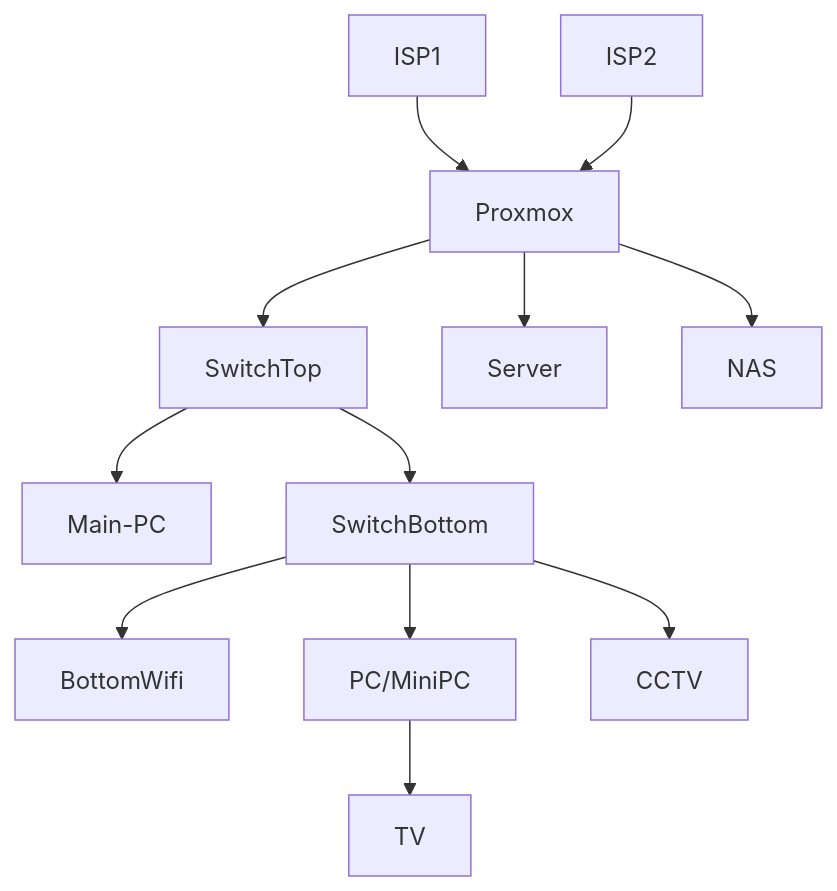
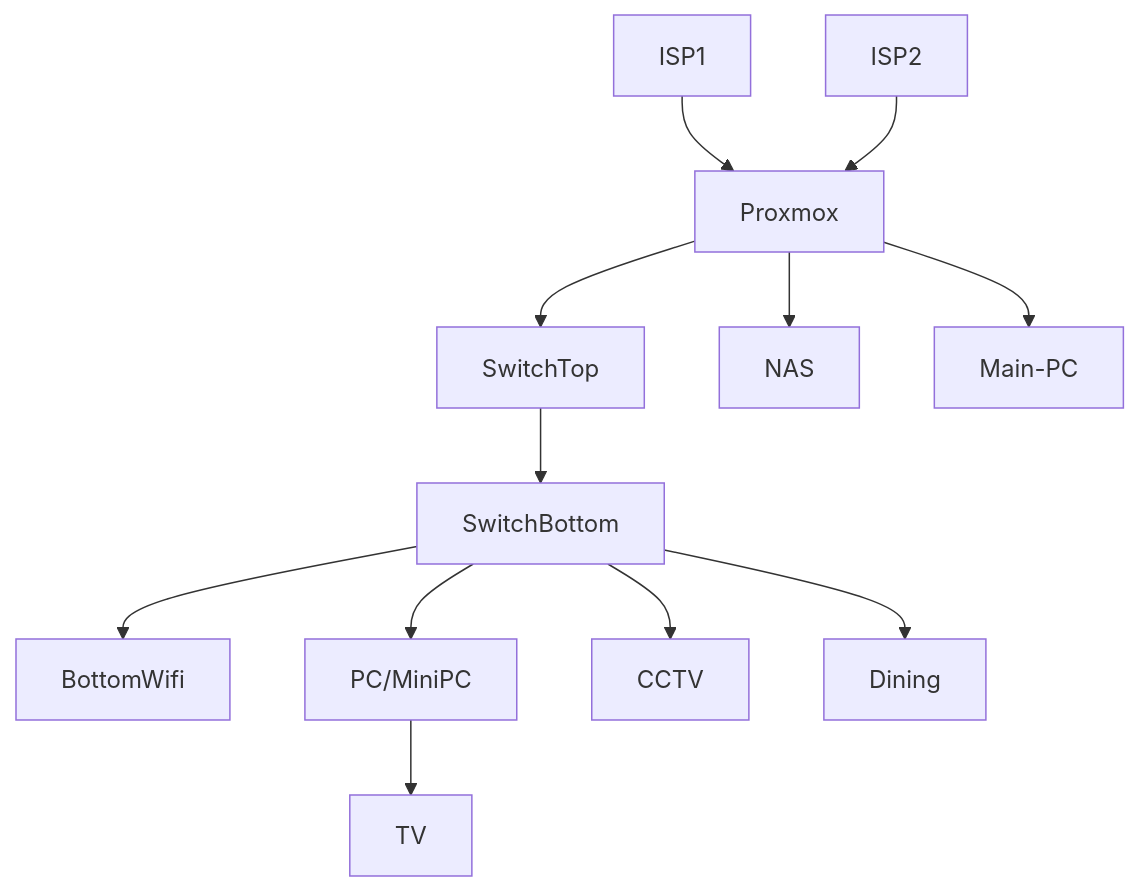
One commit to jnkk/digital-garden changed the third of 3 diagrams in content/Notes/homenetwork.md. Above: the diagram before and after it, drawn with Mermaid. The commit also changed other lines of this file, not shown here.

Commit message:
change network map

````diff
--- a/content/Notes/homenetwork.md
+++ b/content/Notes/homenetwork.md
@@ -34,14 +35,14 @@
 ```mermaid
 graph TD
   ISP1-->Proxmox
   ISP2-->Proxmox
   Proxmox-->SwitchTop
-  Proxmox-->Server
   Proxmox-->NAS
-  SwitchTop-->Main-PC
+  Proxmox-->Main-PC
   SwitchTop-->SwitchBottom
   SwitchBottom-->BottomWifi
   SwitchBottom-->PC/MiniPC
   SwitchBottom-->CCTV
+  SwitchBottom-->Dining
   PC/MiniPC-->TV
 ```
````
